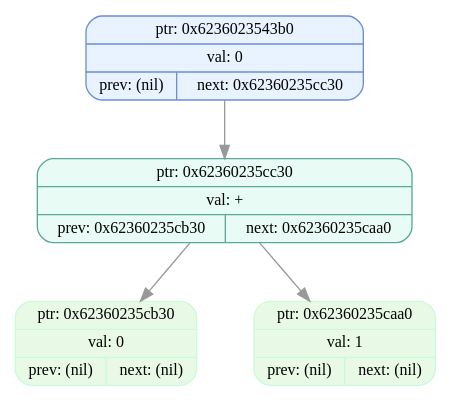
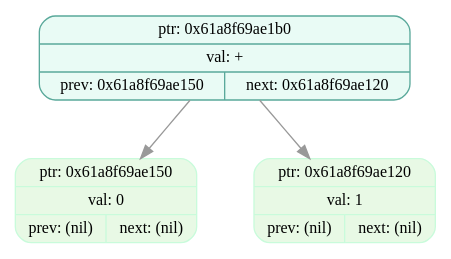
Before and after one commit to EvilTomato9890/Difference: the diagram in dumps/tree_dump_006.dot, drawn with Graphviz. The commit also changed 37 other files, not shown here.

```diff
--- a/dumps/tree_dump_006.dot
+++ b/dumps/tree_dump_006.dot
@@ -1,11 +1,9 @@
 digraph T{
   node [fontname="Fira Mono",shape=record,style="filled,rounded",fontsize=12];
   graph [splines=true, nodesep=0.6, ranksep=0.6];
-  node_0x6236023543b0[shape=record,label="{ {ptr: 0x6236023543b0} | {val: 0} | { prev: (nil) | next: 0x62360235cc30 } }",color="#6b8fd6",fillcolor="#e9f2ff"];
-  node_0x62360235cc30[shape=record,label="{ {ptr: 0x62360235cc30} | {val: +} | { prev: 0x62360235cb30 | next: 0x62360235caa0 } }",color="#5aa99b",fillcolor="#e9fbf5"];
-  node_0x62360235cb30[shape=record,label="{ {ptr: 0x62360235cb30} | {val: 0} | { prev: (nil) | next: (nil) } }",color="#c9fbdbff",fillcolor="#e8f9e5ff"];
-  node_0x62360235caa0[shape=record,label="{ {ptr: 0x62360235caa0} | {val: 1} | { prev: (nil) | next: (nil) } }",color="#c9fbdbff",fillcolor="#e8f9e5ff"];
-  node_0x6236023543b0 -> node_0x62360235cc30 [color="#999999"];
-  node_0x62360235cc30 -> node_0x62360235cb30 [color="#999999"];
-  node_0x62360235cc30 -> node_0x62360235caa0 [color="#999999"];
+  node_0x61a8f69ae1b0[shape=record,label="{ {ptr: 0x61a8f69ae1b0} | {val: +} | { prev: 0x61a8f69ae150 | next: 0x61a8f69ae120 } }",color="#5aa99b",fillcolor="#e9fbf5"];
+  node_0x61a8f69ae150[shape=record,label="{ {ptr: 0x61a8f69ae150} | {val: 0} | { prev: (nil) | next: (nil) } }",color="#c9fbdbff",fillcolor="#e8f9e5ff"];
+  node_0x61a8f69ae120[shape=record,label="{ {ptr: 0x61a8f69ae120} | {val: 1} | { prev: (nil) | next: (nil) } }",color="#c9fbdbff",fillcolor="#e8f9e5ff"];
+  node_0x61a8f69ae1b0 -> node_0x61a8f69ae150 [color="#999999"];
+  node_0x61a8f69ae1b0 -> node_0x61a8f69ae120 [color="#999999"];
 }
```
